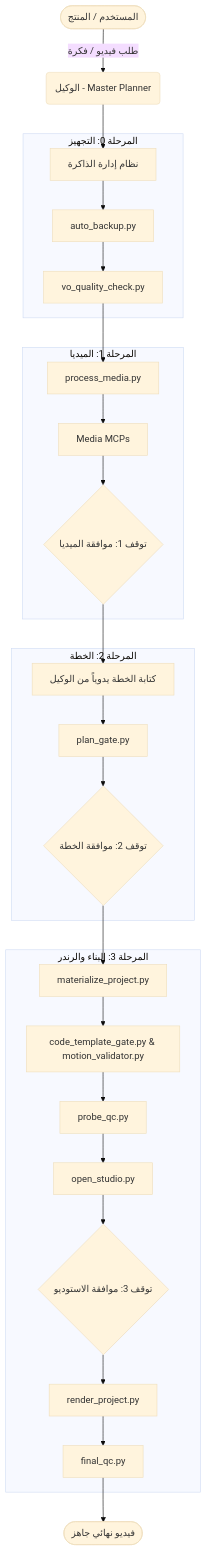
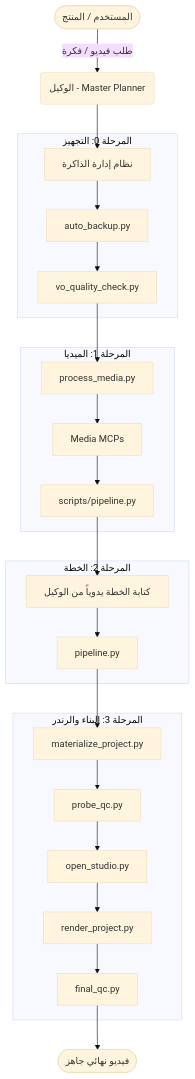
One commit to m2menqawsh-maker/motion changed the diagram in documentation/architecture/SYSTEM_ARCHITECTURE.md. Above: the diagram before and after it, drawn with Mermaid (base theme). The commit also changed other lines of this file and 277 other files, not shown here.

````diff
--- a/documentation/architecture/SYSTEM_ARCHITECTURE.md
+++ b/documentation/architecture/SYSTEM_ARCHITECTURE.md
@@ -7,34 +7,31 @@
 ```mermaid
 graph TD
     User([المستخدم / المنتج]) -->|طلب فيديو / فكرة| Agent(الوكيل - Master Planner)
     Agent --> Memory[نظام إدارة الذاكرة]
     
     subgraph "المرحلة 0: التجهيز"
         Memory --> Backup[auto_backup.py]
         Backup --> VO[vo_quality_check.py]
     end
     
     subgraph "المرحلة 1: الميديا"
         VO --> Media[process_media.py]
         Media --> MediaMCP[Media MCPs]
-        MediaMCP --> Gate1{توقف 1: موافقة الميديا}
+        MediaMCP --> Orchestrator[scripts/pipeline.py]
     end
     
     subgraph "المرحلة 2: الخطة"
-        Gate1 --> PlanGen[كتابة الخطة يدوياً من الوكيل]
-        PlanGen --> PlanGate[plan_gate.py]
-        PlanGate --> Gate2{توقف 2: موافقة الخطة}
+        Orchestrator --> PlanGen[كتابة الخطة يدوياً من الوكيل]
+        PlanGen --> OrchestratorValidation[pipeline.py]
     end
     
     subgraph "المرحلة 3: البناء والرندر"
-        Gate2 --> Materialize[materialize_project.py]
-        Materialize --> CodeGate[code_template_gate.py & motion_validator.py]
-        CodeGate --> ProbeQC[probe_qc.py]
+        OrchestratorValidation --> Materialize[materialize_project.py]
+        Materialize --> ProbeQC[probe_qc.py]
         ProbeQC --> Studio[open_studio.py]
-        Studio --> Gate3{توقف 3: موافقة الاستوديو}
-        Gate3 --> Render[render_project.py]
+        Studio --> Render[render_project.py]
         Render --> FinalQC[final_qc.py]
     end
     
     FinalQC --> Output([فيديو نهائي جاهز])
 ```
````
